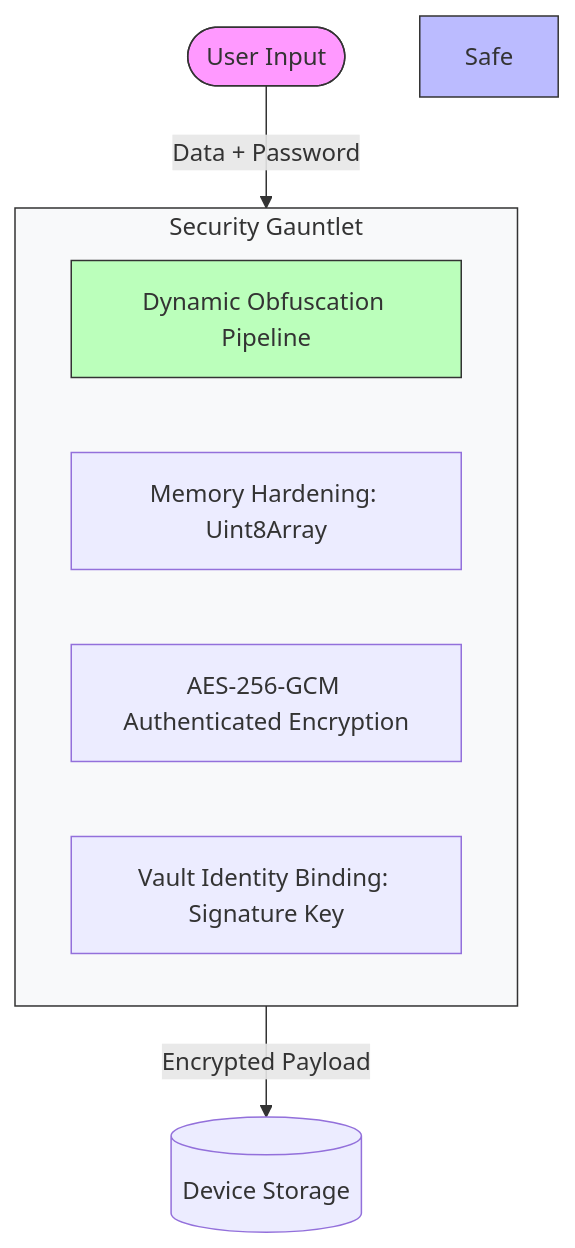
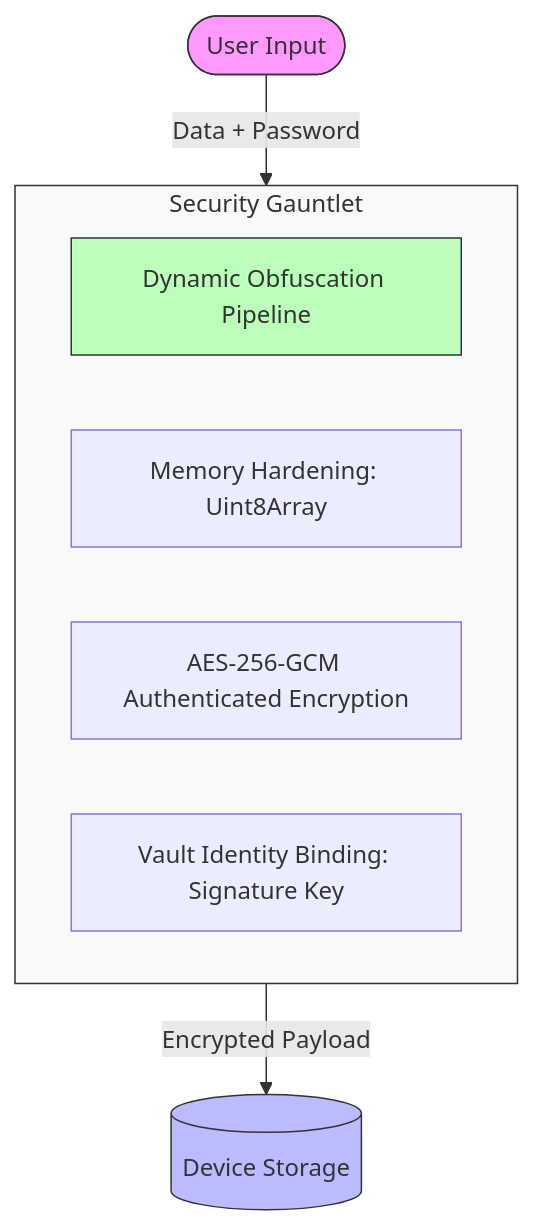
One commit to Kryklin/darkstar changed the first of 4 diagrams in DARKSTAR_ARCHITECTURE.md. Above: the diagram before and after it, drawn with Mermaid. The commit also changed 6 other files, not shown here.

Commit message:
feat: implement D-KASP-512 post-quantum encryption suite with multi-language support and update architecture documentation

````diff
--- a/DARKSTAR_ARCHITECTURE.md
+++ b/DARKSTAR_ARCHITECTURE.md
@@ -32,18 +32,18 @@
 ```mermaid
 graph TD
     User([User Input]) -->|Data + Password| Layers[Multi-Layer Protection]
 
     subgraph Layers [Security Gauntlet]
         Obf[Dynamic Obfuscation Pipeline]
         MemH[Memory Hardening: Uint8Array]
         AES[AES-256-GCM Authenticated Encryption]
         Identity[Vault Identity Binding: Signature Key]
     end
 
     Layers -->|Encrypted Payload| Storage[(Device Storage)]
 
     style User fill:#f9f,stroke:#333
     style Layers fill:#f8f9fa,stroke:#333
-    style Safe fill:#bbf,stroke:#333
+    style Storage fill:#bbf,stroke:#333
     style Obf fill:#bfb,stroke:#333
 ```
````
